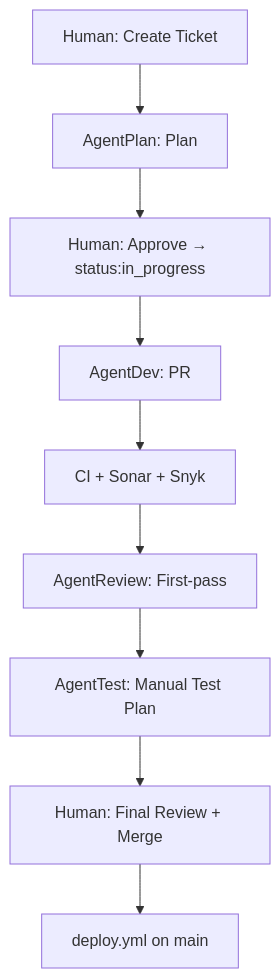
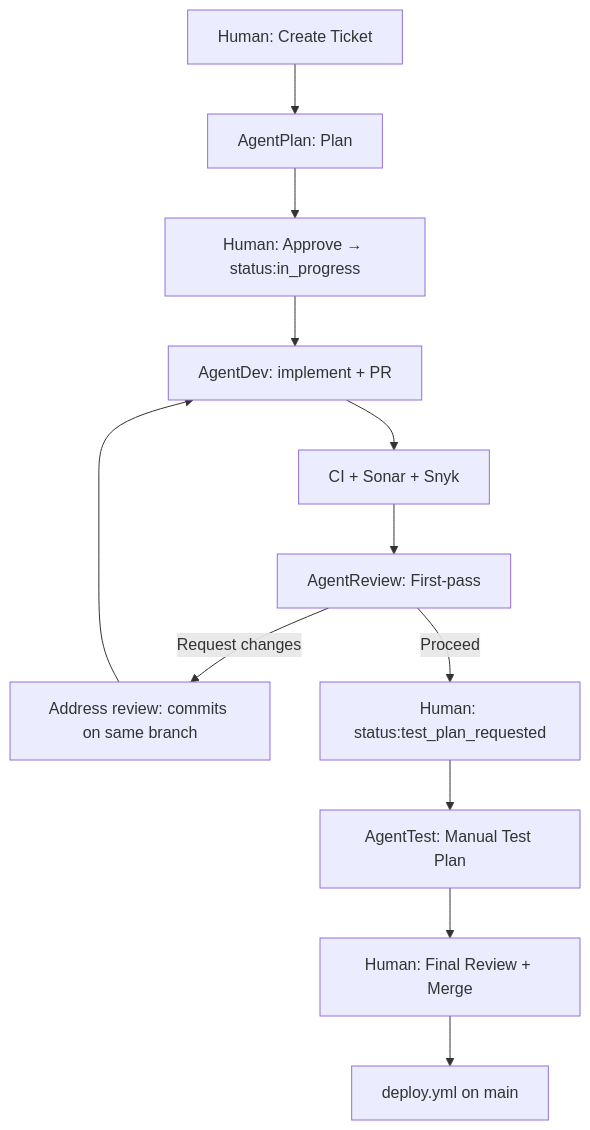
One commit to redefinered-cc/fuzzy-umbrella changed the diagram in docs/agent-dev-lifecycle.md. Above: the diagram before and after it, drawn with Mermaid. The commit also changed other lines of this file and 4 other files, not shown here.

````diff
--- a/docs/agent-dev-lifecycle.md
+++ b/docs/agent-dev-lifecycle.md
@@ -28,21 +30,26 @@
 ```mermaid
 flowchart TD
   issue["Human: Create Ticket"]
   planAgent["AgentPlan: Plan"]
   humanPlanApprove["Human: Approve → status:in_progress"]
-  devAgent["AgentDev: PR"]
+  devAgent["AgentDev: implement + PR"]
   sonarSnyk["CI + Sonar + Snyk"]
   reviewAgent["AgentReview: First-pass"]
+  fixFeedback["Address review: commits on same branch"]
+  humanTestLabel["Human: status:test_plan_requested"]
   testAgent["AgentTest: Manual Test Plan"]
   humanMerge["Human: Final Review + Merge"]
   deploy["deploy.yml on main"]
 
   issue --> planAgent
   planAgent --> humanPlanApprove
   humanPlanApprove --> devAgent
   devAgent --> sonarSnyk
   sonarSnyk --> reviewAgent
-  reviewAgent --> testAgent
+  reviewAgent -->|"Request changes"| fixFeedback
+  fixFeedback --> devAgent
+  reviewAgent -->|"Proceed"| humanTestLabel
+  humanTestLabel --> testAgent
   testAgent --> humanMerge
   humanMerge --> deploy
 ```
````
